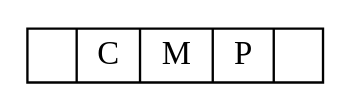
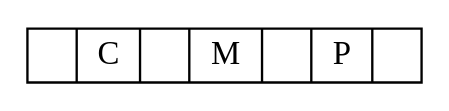
Before and after one commit to ericfode/CS320: the diagram in Assignment 4/step3.dot, drawn with Graphviz. The commit also changed 10 other files, not shown here.

```diff
--- a/Assignment 4/step3.dot
+++ b/Assignment 4/step3.dot
@@ -1,5 +1,4 @@
 digraph one {
 	node [shape = record, height=.1];
-	node0[label = "<f0> | <f1> C | <f2> M | <f3> P | <f4> "];
-
+	node0[label = "<f0> | <f1> C || <f2> M || <f3> P | <f4> "];
 }
```
